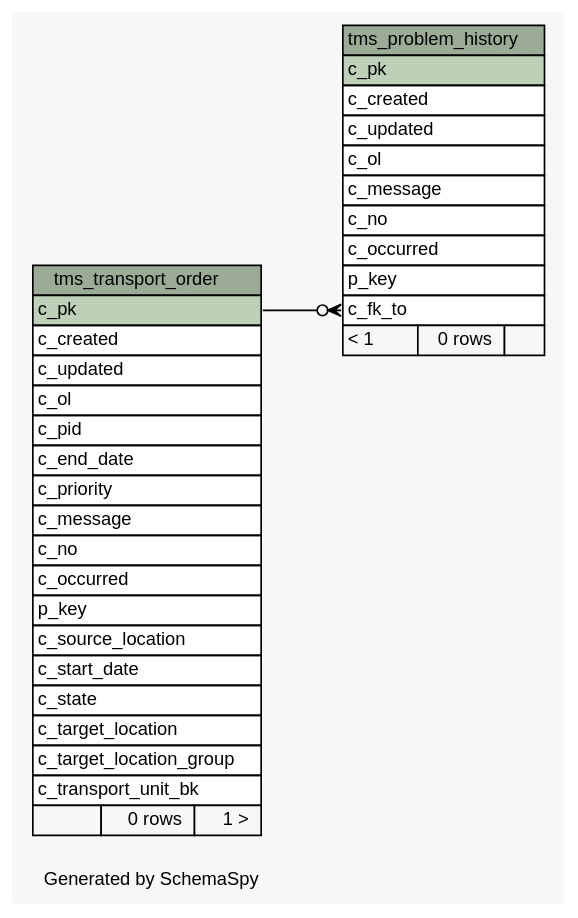
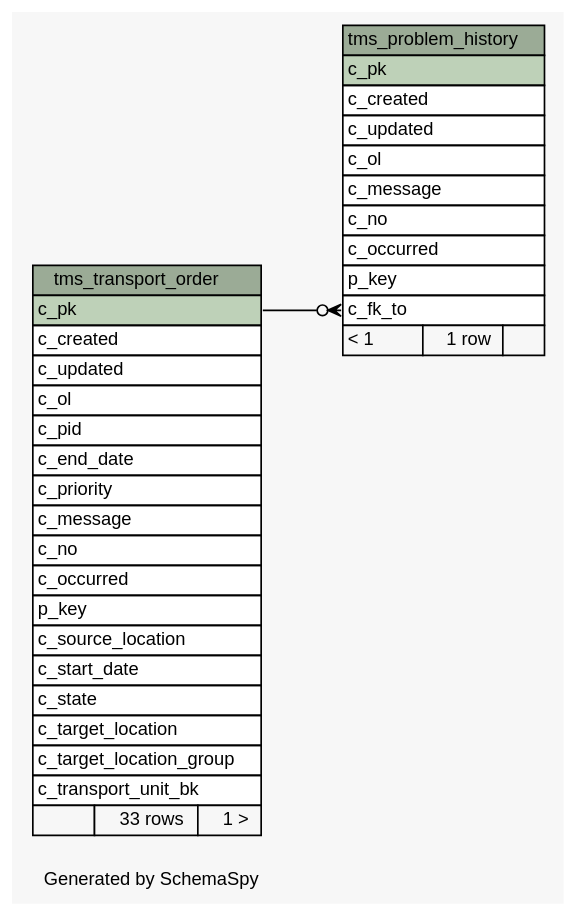
The diagram in 1.4.0-SNAPSHOT/schemaspy/diagrams/summary/relationships.real.large.dot (openwms/org.openwms.tms.transportation), drawn with Graphviz before and after one commit. The commit also changed 462 other files, not shown here.

```diff
--- a/1.4.0-SNAPSHOT/schemaspy/diagrams/summary/relationships.real.large.dot
+++ b/1.4.0-SNAPSHOT/schemaspy/diagrams/summary/relationships.real.large.dot
@@ -1,67 +1,67 @@
 // dot 2.36.0 on Linux 4.4.0-101-generic
 // SchemaSpy rev Unknown
 digraph "largeRelationshipsDiagram" {
   graph [
     rankdir="RL"
     bgcolor="#f7f7f7"
     label="\nGenerated by SchemaSpy"
     labeljust="l"
     nodesep="0.18"
     ranksep="0.46"
     fontname="Helvetica"
     fontsize="11"
   ];
   node [
     fontname="Helvetica"
     fontsize="11"
     shape="plaintext"
   ];
   edge [
     arrowsize="0.8"
   ];
   "tms_problem_history" [
     label=<
     <TABLE BORDER="0" CELLBORDER="1" CELLSPACING="0" BGCOLOR="#ffffff">
       <TR><TD COLSPAN="3" BGCOLOR="#9bab96" ALIGN="CENTER">tms_problem_history</TD></TR>
       <TR><TD PORT="c_pk" COLSPAN="3" BGCOLOR="#bed1b8" ALIGN="LEFT">c_pk</TD></TR>
       <TR><TD PORT="c_created" COLSPAN="3" ALIGN="LEFT">c_created</TD></TR>
       <TR><TD PORT="c_updated" COLSPAN="3" ALIGN="LEFT">c_updated</TD></TR>
       <TR><TD PORT="c_ol" COLSPAN="3" ALIGN="LEFT">c_ol</TD></TR>
       <TR><TD PORT="c_message" COLSPAN="3" ALIGN="LEFT">c_message</TD></TR>
       <TR><TD PORT="c_no" COLSPAN="3" ALIGN="LEFT">c_no</TD></TR>
       <TR><TD PORT="c_occurred" COLSPAN="3" ALIGN="LEFT">c_occurred</TD></TR>
       <TR><TD PORT="p_key" COLSPAN="3" ALIGN="LEFT">p_key</TD></TR>
       <TR><TD PORT="c_fk_to" COLSPAN="3" ALIGN="LEFT">c_fk_to</TD></TR>
-      <TR><TD ALIGN="LEFT" BGCOLOR="#f7f7f7">&lt; 1</TD><TD ALIGN="RIGHT" BGCOLOR="#f7f7f7">0 rows</TD><TD ALIGN="RIGHT" BGCOLOR="#f7f7f7">  </TD></TR>
+      <TR><TD ALIGN="LEFT" BGCOLOR="#f7f7f7">&lt; 1</TD><TD ALIGN="RIGHT" BGCOLOR="#f7f7f7">1 row</TD><TD ALIGN="RIGHT" BGCOLOR="#f7f7f7">  </TD></TR>
     </TABLE>>
     URL="tables/tms_problem_history.html"
     tooltip="tms_problem_history"
   ];
   "tms_transport_order" [
     label=<
     <TABLE BORDER="0" CELLBORDER="1" CELLSPACING="0" BGCOLOR="#ffffff">
       <TR><TD COLSPAN="3" BGCOLOR="#9bab96" ALIGN="CENTER">tms_transport_order</TD></TR>
       <TR><TD PORT="c_pk" COLSPAN="3" BGCOLOR="#bed1b8" ALIGN="LEFT">c_pk</TD></TR>
       <TR><TD PORT="c_created" COLSPAN="3" ALIGN="LEFT">c_created</TD></TR>
       <TR><TD PORT="c_updated" COLSPAN="3" ALIGN="LEFT">c_updated</TD></TR>
       <TR><TD PORT="c_ol" COLSPAN="3" ALIGN="LEFT">c_ol</TD></TR>
       <TR><TD PORT="c_pid" COLSPAN="3" ALIGN="LEFT">c_pid</TD></TR>
       <TR><TD PORT="c_end_date" COLSPAN="3" ALIGN="LEFT">c_end_date</TD></TR>
       <TR><TD PORT="c_priority" COLSPAN="3" ALIGN="LEFT">c_priority</TD></TR>
       <TR><TD PORT="c_message" COLSPAN="3" ALIGN="LEFT">c_message</TD></TR>
       <TR><TD PORT="c_no" COLSPAN="3" ALIGN="LEFT">c_no</TD></TR>
       <TR><TD PORT="c_occurred" COLSPAN="3" ALIGN="LEFT">c_occurred</TD></TR>
       <TR><TD PORT="p_key" COLSPAN="3" ALIGN="LEFT">p_key</TD></TR>
       <TR><TD PORT="c_source_location" COLSPAN="3" ALIGN="LEFT">c_source_location</TD></TR>
       <TR><TD PORT="c_start_date" COLSPAN="3" ALIGN="LEFT">c_start_date</TD></TR>
       <TR><TD PORT="c_state" COLSPAN="3" ALIGN="LEFT">c_state</TD></TR>
       <TR><TD PORT="c_target_location" COLSPAN="3" ALIGN="LEFT">c_target_location</TD></TR>
       <TR><TD PORT="c_target_location_group" COLSPAN="3" ALIGN="LEFT">c_target_location_group</TD></TR>
       <TR><TD PORT="c_transport_unit_bk" COLSPAN="3" ALIGN="LEFT">c_transport_unit_bk</TD></TR>
-      <TR><TD ALIGN="LEFT" BGCOLOR="#f7f7f7">  </TD><TD ALIGN="RIGHT" BGCOLOR="#f7f7f7">0 rows</TD><TD ALIGN="RIGHT" BGCOLOR="#f7f7f7">1 &gt;</TD></TR>
+      <TR><TD ALIGN="LEFT" BGCOLOR="#f7f7f7">  </TD><TD ALIGN="RIGHT" BGCOLOR="#f7f7f7">33 rows</TD><TD ALIGN="RIGHT" BGCOLOR="#f7f7f7">1 &gt;</TD></TR>
     </TABLE>>
     URL="tables/tms_transport_order.html"
     tooltip="tms_transport_order"
   ];
   "tms_problem_history":"c_fk_to":w -> "tms_transport_order":"c_pk":e [arrowhead=none dir=back arrowtail=crowodot];
 }
```
